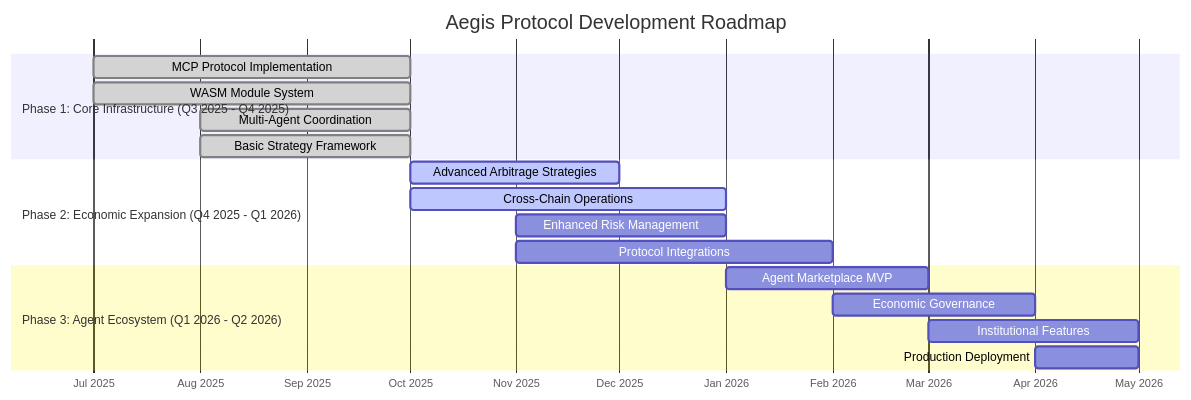
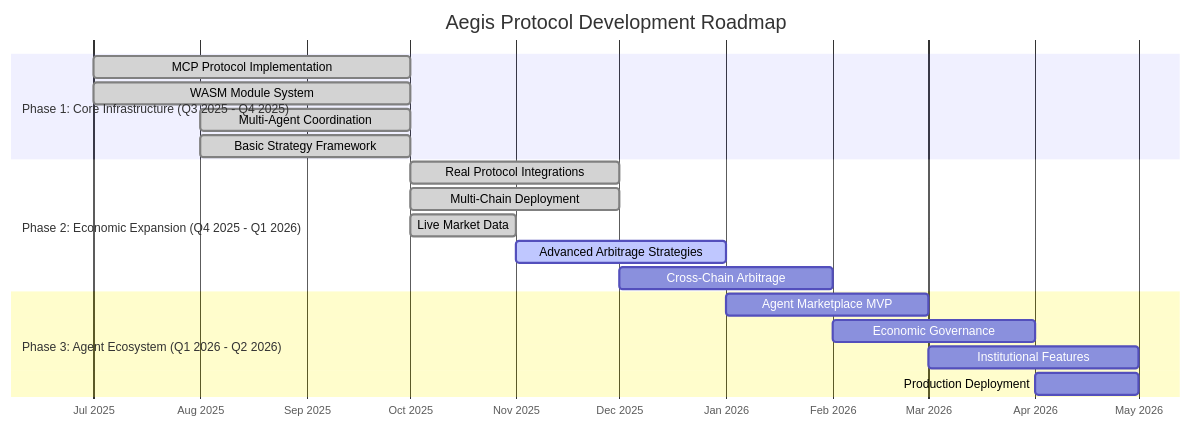
One commit to BlockCraftsman/Aegis-Defi-Agent changed the second of 2 diagrams in README.md. Above: the diagram before and after it, drawn with Mermaid. The commit also changed other lines of this file, not shown here.

````diff
--- a/README.md
+++ b/README.md
@@ -174,24 +174,25 @@
 ```mermaid
 gantt
     title Aegis Protocol Development Roadmap
     dateFormat  YYYY-MM
     axisFormat  %b %Y
     
     section Phase 1: Core Infrastructure (Q3 2025 - Q4 2025)
     MCP Protocol Implementation     :done,    p1_1, 2025-07, 3M
     WASM Module System              :done,    p1_2, 2025-07, 3M
     Multi-Agent Coordination        :done,    p1_3, 2025-08, 2M
     Basic Strategy Framework        :done,    p1_4, 2025-08, 2M
     
     section Phase 2: Economic Expansion (Q4 2025 - Q1 2026)
-    Advanced Arbitrage Strategies   :active,  p2_1, 2025-10, 2M
-    Cross-Chain Operations          :active,  p2_2, 2025-10, 3M
-    Enhanced Risk Management        :         p2_3, 2025-11, 2M
-    Protocol Integrations           :         p2_4, 2025-11, 3M
+    Real Protocol Integrations      :done,    p2_1, 2025-10, 2M
+    Multi-Chain Deployment          :done,    p2_2, 2025-10, 2M
+    Live Market Data               :done,    p2_3, 2025-10, 1M
+    Advanced Arbitrage Strategies   :active,  p2_4, 2025-11, 2M
+    Cross-Chain Arbitrage           :         p2_5, 2025-12, 2M
     
     section Phase 3: Agent Ecosystem (Q1 2026 - Q2 2026)
     Agent Marketplace MVP           :         p3_1, 2026-01, 2M
     Economic Governance             :         p3_2, 2026-02, 2M
     Institutional Features          :         p3_3, 2026-03, 2M
     Production Deployment           :         p3_4, 2026-04, 1M
 ```
````
